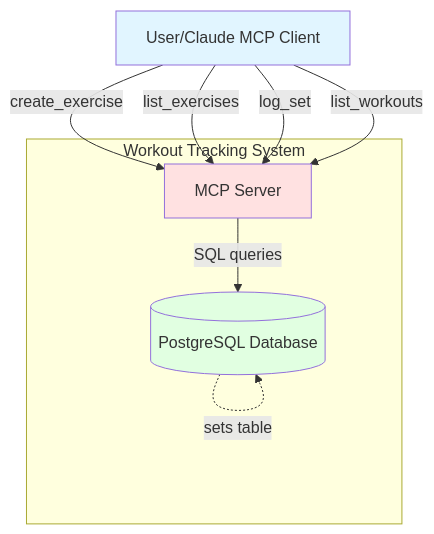
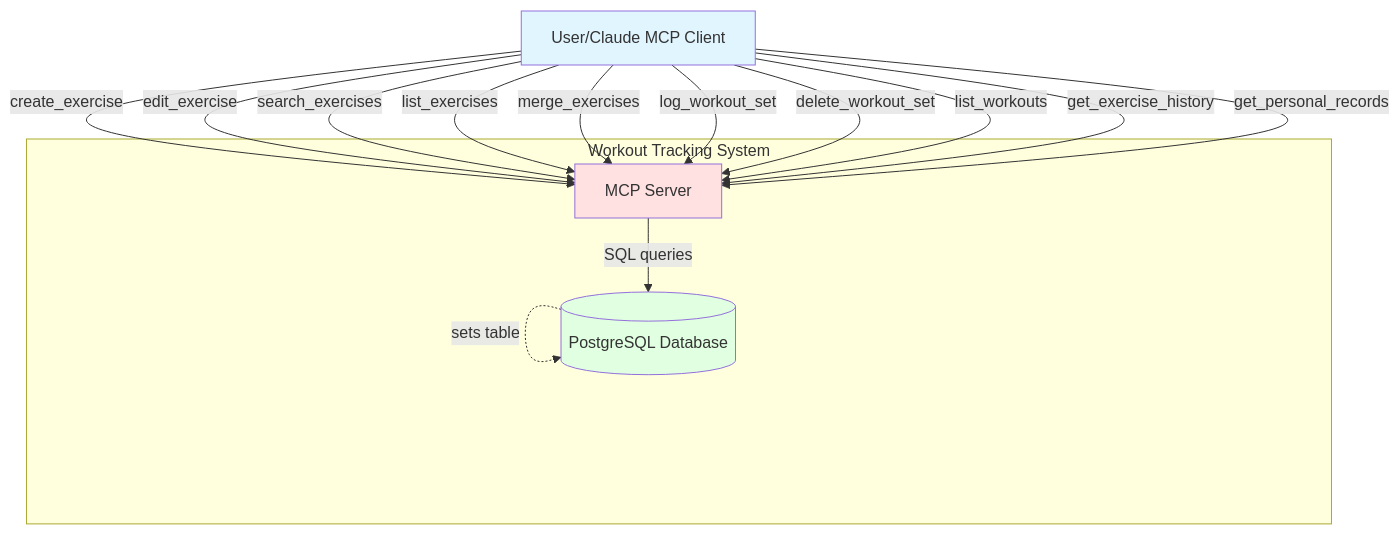
Before and after one commit to rusinikita/personal: the second of 5 diagrams in docs/functions/workout-spec.md, drawn with Mermaid. The commit also changed other lines of this file and 120 other files, not shown here.

````diff
--- a/docs/functions/workout-spec.md
+++ b/docs/functions/workout-spec.md
@@ -56,24 +56,30 @@
 ```mermaid
 graph TB
     User[User/Claude MCP Client]
     
     subgraph "Workout Tracking System"
         MCP[MCP Server]
         DB[(PostgreSQL Database)]
         
         MCP -->|SQL queries| DB
     end
     
     User -->|create_exercise| MCP
+    User -->|edit_exercise| MCP
+    User -->|search_exercises| MCP
     User -->|list_exercises| MCP
-    User -->|log_set| MCP
+    User -->|merge_exercises| MCP
+    User -->|log_workout_set| MCP
+    User -->|delete_workout_set| MCP
     User -->|list_workouts| MCP
+    User -->|get_exercise_history| MCP
+    User -->|get_personal_records| MCP
     
     DB -.->|exercises table| DB
     DB -.->|workouts table| DB
     DB -.->|sets table| DB
     
     style User fill:#e1f5ff
     style MCP fill:#ffe1e1
     style DB fill:#e1ffe1
 ```
````
